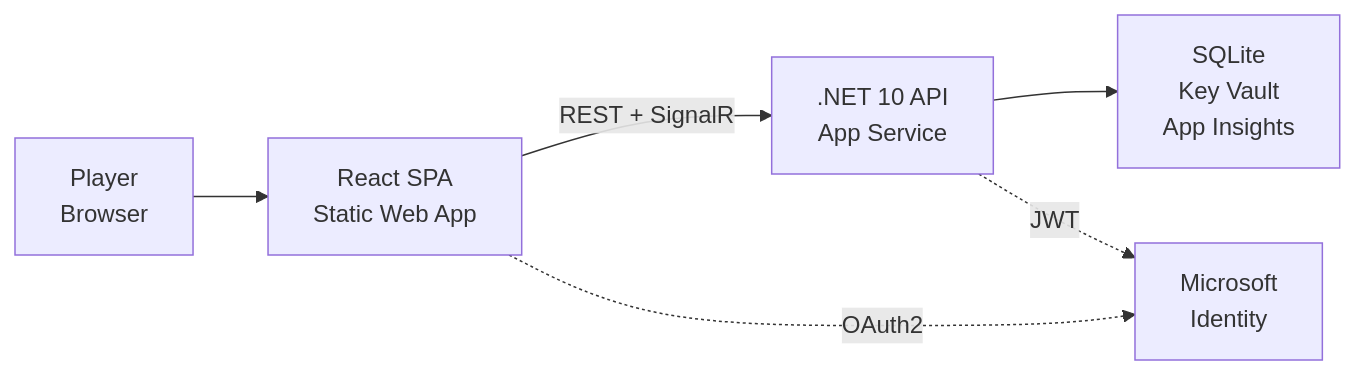
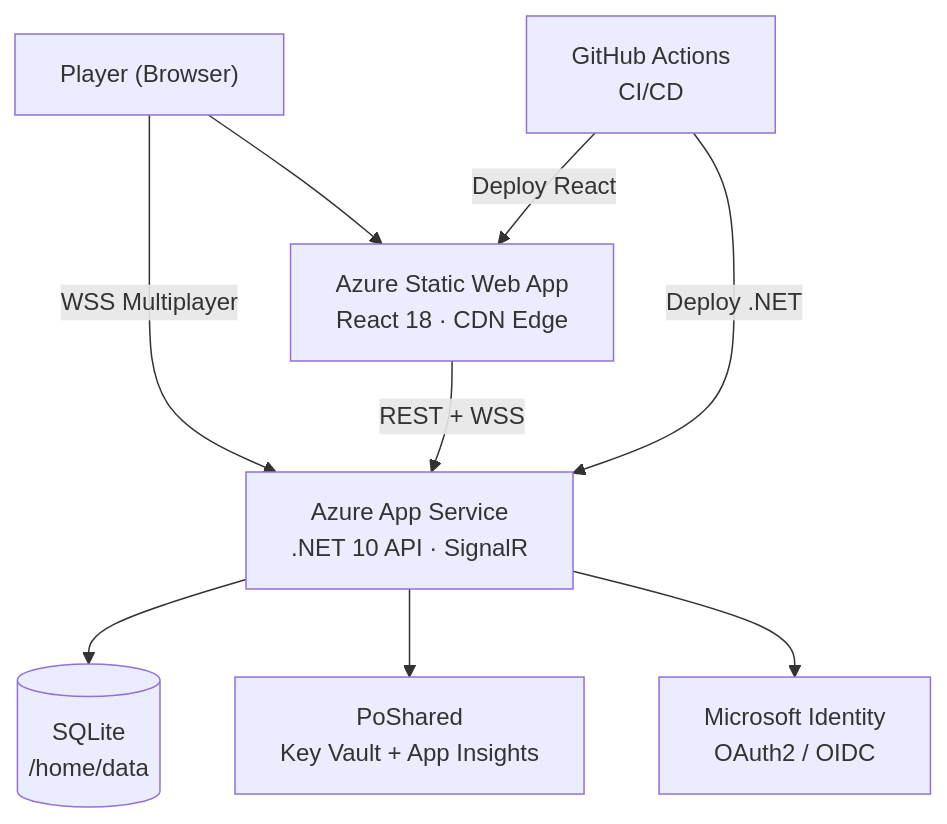
The diagram in README.md (punkouter26/PoMiniGames), drawn with Mermaid before and after one commit. The commit also changed other lines of this file and 124 other files, not shown here.

````diff
--- a/README.md
+++ b/README.md
@@ -41,8 +37,11 @@
 ```mermaid
-flowchart LR
-    Player["Player\nBrowser"] --> Client["React SPA\nStatic Web App"]
-    Client -->|"REST + SignalR"| API[".NET 10 API\nApp Service"]
-    API --> Data["SQLite\nKey Vault\nApp Insights"]
-    Client -.->|"OAuth2"| Auth["Microsoft\nIdentity"]
-    API -.->|"JWT"| Auth
+flowchart TD
+    Player["Player (Browser)"] --> SWA["Azure Static Web App\nReact 18 · CDN Edge"]
+    Player -- "WSS Multiplayer" --> API["Azure App Service\n.NET 10 API · SignalR"]
+    SWA -- "REST + WSS" --> API
+    API --> DB[("SQLite\n/home/data")]
+    API --> Shared["PoShared\nKey Vault + App Insights"]
+    API --> MSID["Microsoft Identity\nOAuth2 / OIDC"]
+    GH["GitHub Actions\nCI/CD"] -- "Deploy React" --> SWA
+    GH -- "Deploy .NET" --> API
 ```
````
